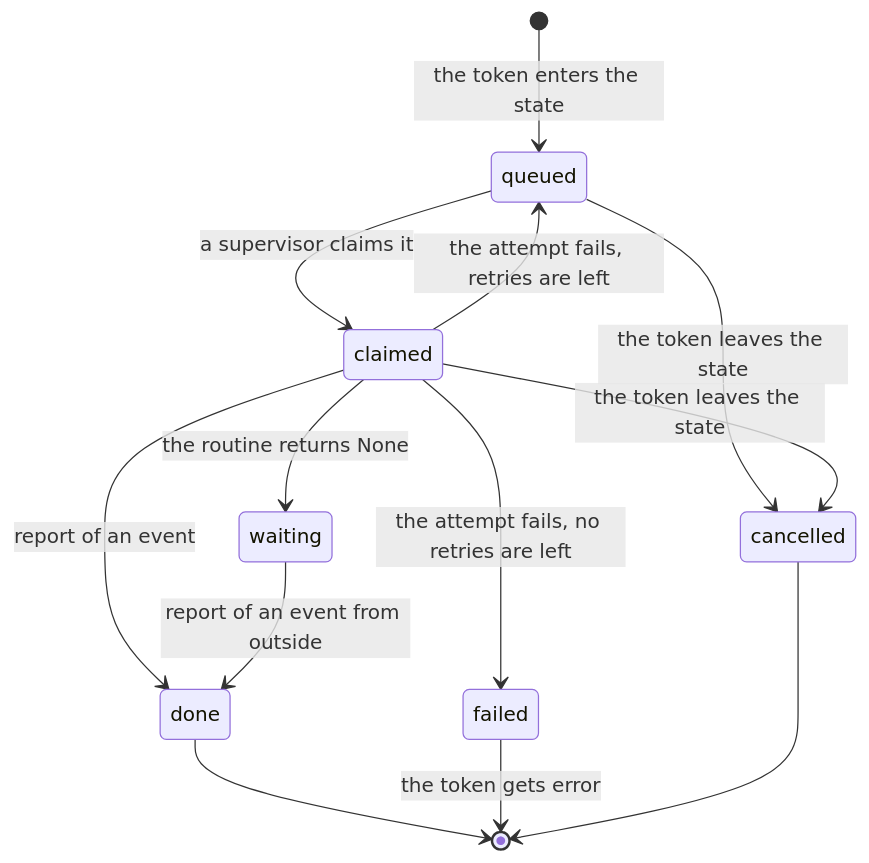
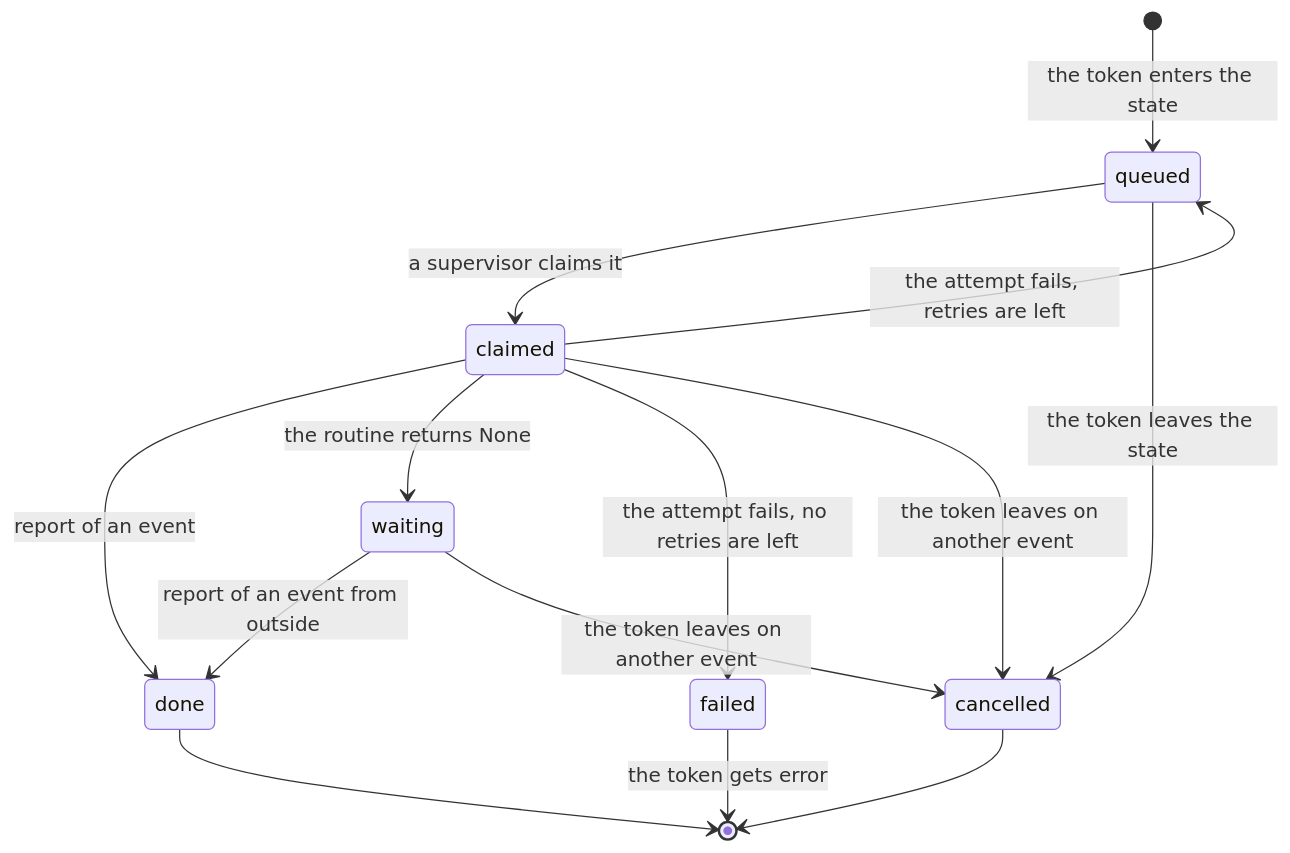
One commit to StateousLabs/stateous changed the first of 2 diagrams in docs/concepts/tasks-and-routines.md. Above: the diagram before and after it, drawn with Mermaid. The commit also changed other lines of this file and 33 other files, not shown here.

````diff
--- a/docs/concepts/tasks-and-routines.md
+++ b/docs/concepts/tasks-and-routines.md
@@ -37,15 +37,16 @@
 ```mermaid
 stateDiagram-v2
     [*] --> queued: the token enters the state
     queued --> claimed: a supervisor claims it
     claimed --> done: report of an event
     claimed --> waiting: the routine returns None
     waiting --> done: report of an event from outside
     claimed --> queued: the attempt fails, retries are left
     claimed --> failed: the attempt fails, no retries are left
     queued --> cancelled: the token leaves the state
-    claimed --> cancelled: the token leaves the state
+    claimed --> cancelled: the token leaves on another event
+    waiting --> cancelled: the token leaves on another event
     done --> [*]
     failed --> [*]: the token gets error
     cancelled --> [*]
 ```
````
